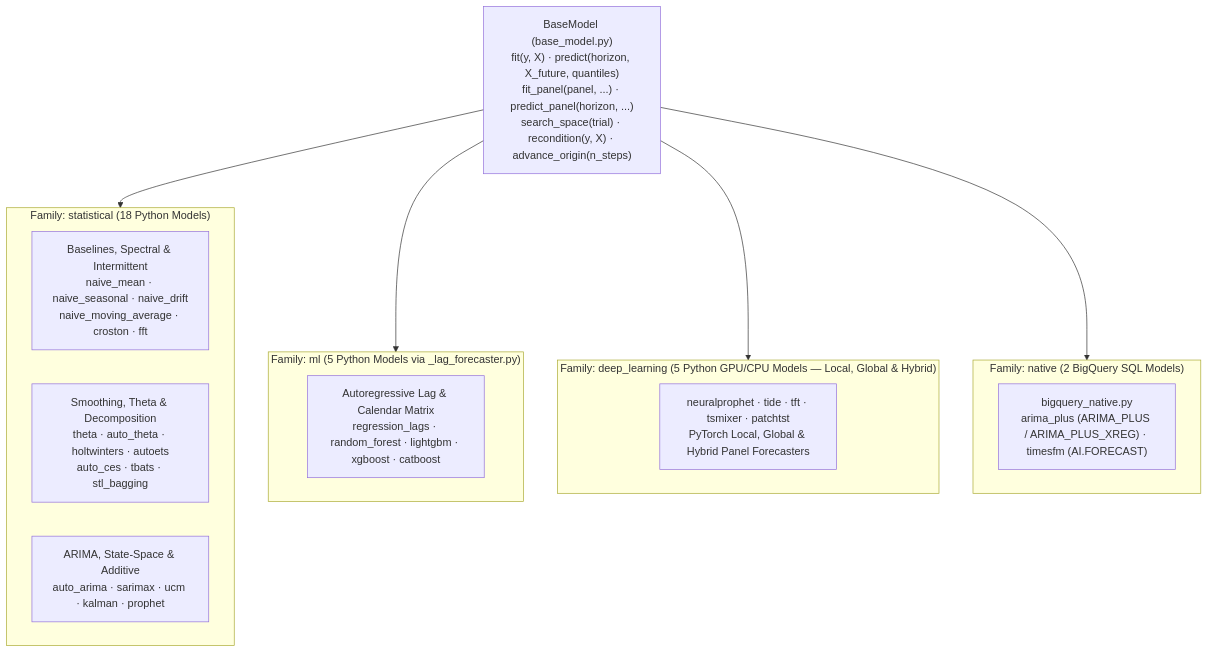
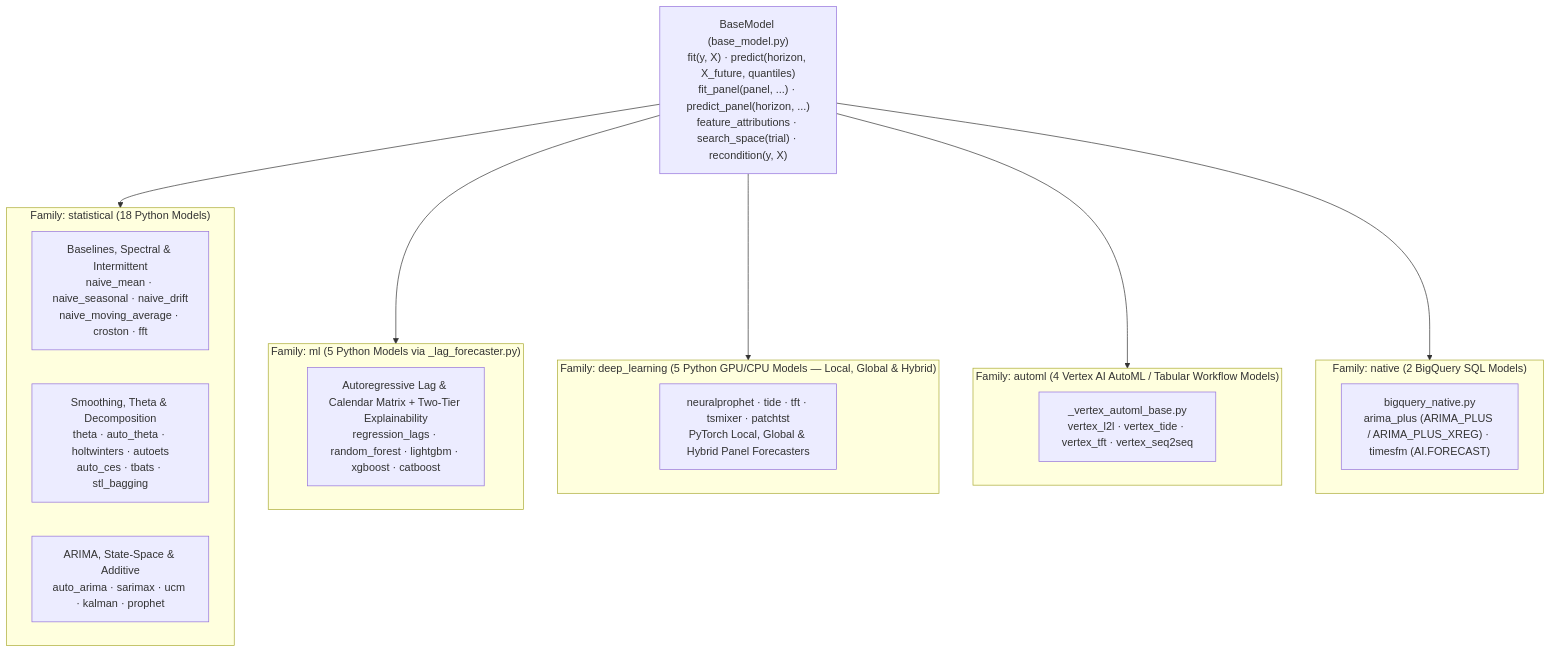
Before and after one commit to statmike/scale-forecasting: the diagram in src/scale_forecasting/models/README.md, drawn with Mermaid. The commit also changed other lines of this file and 102 other files, not shown here.

Commit message:
feat(automl,explainability): add Vertex AI AutoML & Tabular Workflows (vertex_l2l, vertex_tide, vertex_tft, vertex_seq2seq), Two-Tier Feature Attributions, and repo-wide docs

````diff
--- a/src/scale_forecasting/models/README.md
+++ b/src/scale_forecasting/models/README.md
@@ -7,24 +7,28 @@
 ```mermaid
 flowchart TB
-    base["BaseModel (base_model.py)<br/>fit(y, X) · predict(horizon, X_future, quantiles)<br/>fit_panel(panel, ...) · predict_panel(horizon, ...)<br/>search_space(trial) · recondition(y, X) · advance_origin(n_steps)"]
+    base["BaseModel (base_model.py)<br/>fit(y, X) · predict(horizon, X_future, quantiles)<br/>fit_panel(panel, ...) · predict_panel(horizon, ...)<br/>feature_attributions · search_space(trial) · recondition(y, X)"]
 
     subgraph stat["Family: statistical (18 Python Models)"]
         naive["Baselines, Spectral & Intermittent<br/>naive_mean · naive_seasonal · naive_drift<br/>naive_moving_average · croston · fft"]
         ets["Smoothing, Theta & Decomposition<br/>theta · auto_theta · holtwinters · autoets<br/>auto_ces · tbats · stl_bagging"]
         ss["ARIMA, State-Space & Additive<br/>auto_arima · sarimax · ucm · kalman · prophet"]
     end
 
     subgraph ml["Family: ml (5 Python Models via _lag_forecaster.py)"]
-        lag["Autoregressive Lag & Calendar Matrix<br/>regression_lags · random_forest · lightgbm · xgboost · catboost"]
+        lag["Autoregressive Lag & Calendar Matrix + Two-Tier Explainability<br/>regression_lags · random_forest · lightgbm · xgboost · catboost"]
     end
 
     subgraph dl["Family: deep_learning (5 Python GPU/CPU Models — Local, Global & Hybrid)"]
         np["neuralprophet · tide · tft · tsmixer · patchtst<br/>PyTorch Local, Global & Hybrid Panel Forecasters"]
     end
 
+    subgraph aml["Family: automl (4 Vertex AI AutoML / Tabular Workflow Models)"]
+        vaml["_vertex_automl_base.py<br/>vertex_l2l · vertex_tide · vertex_tft · vertex_seq2seq"]
+    end
+
     subgraph nat["Family: native (2 BigQuery SQL Models)"]
         bq["bigquery_native.py<br/>arima_plus (ARIMA_PLUS / ARIMA_PLUS_XREG) · timesfm (AI.FORECAST)"]
     end
 
-    base --> stat & ml & dl & nat
+    base --> stat & ml & dl & aml & nat
 ```
````
